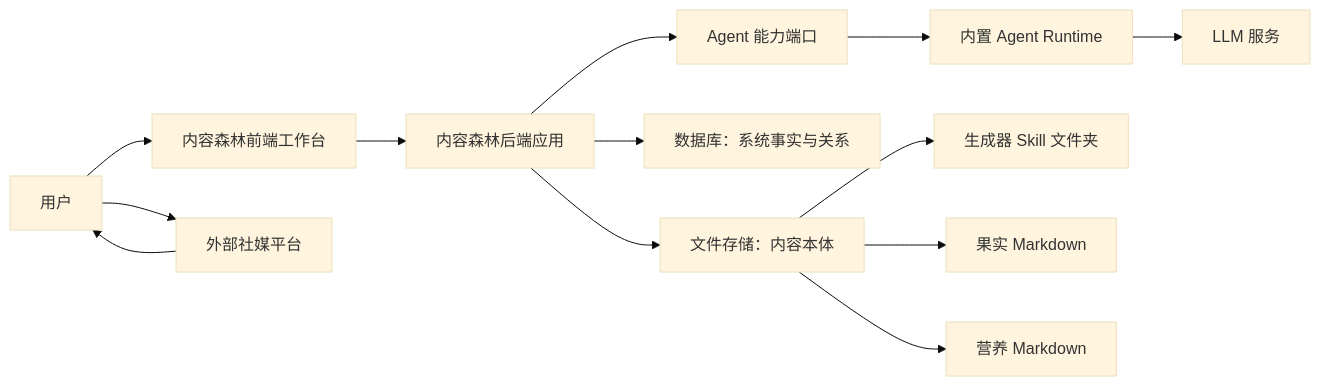
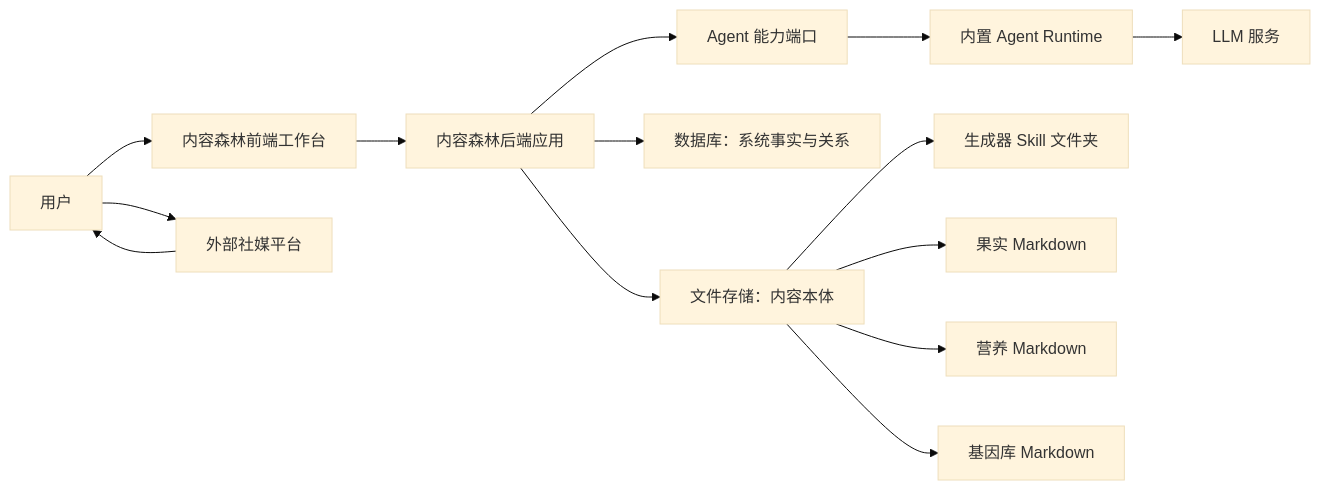
Before and after one commit to Time-Machine-Lab/ContentForest: the first of 6 diagrams in docs/design/内容森林架构设计文档.md, drawn with Mermaid (base theme). The commit also changed other lines of this file and 32 other files, not shown here.

````diff
--- a/docs/design/内容森林架构设计文档.md
+++ b/docs/design/内容森林架构设计文档.md
@@ -18,15 +18,16 @@
 ```mermaid
 flowchart LR
     User["用户"] --> Frontend["内容森林前端工作台"]
     Frontend --> Backend["内容森林后端应用"]
     Backend --> AgentPort["Agent 能力端口"]
     AgentPort --> AgentRuntime["内置 Agent Runtime"]
     AgentRuntime --> LLM["LLM 服务"]
     Backend --> Database["数据库：系统事实与关系"]
     Backend --> FileStore["文件存储：内容本体"]
     FileStore --> Generators["生成器 Skill 文件夹"]
     FileStore --> Fruits["果实 Markdown"]
     FileStore --> Nutrients["营养 Markdown"]
+    FileStore --> Genes["基因库 Markdown"]
     User --> SocialPlatforms["外部社媒平台"]
     SocialPlatforms --> User
 ```
````
